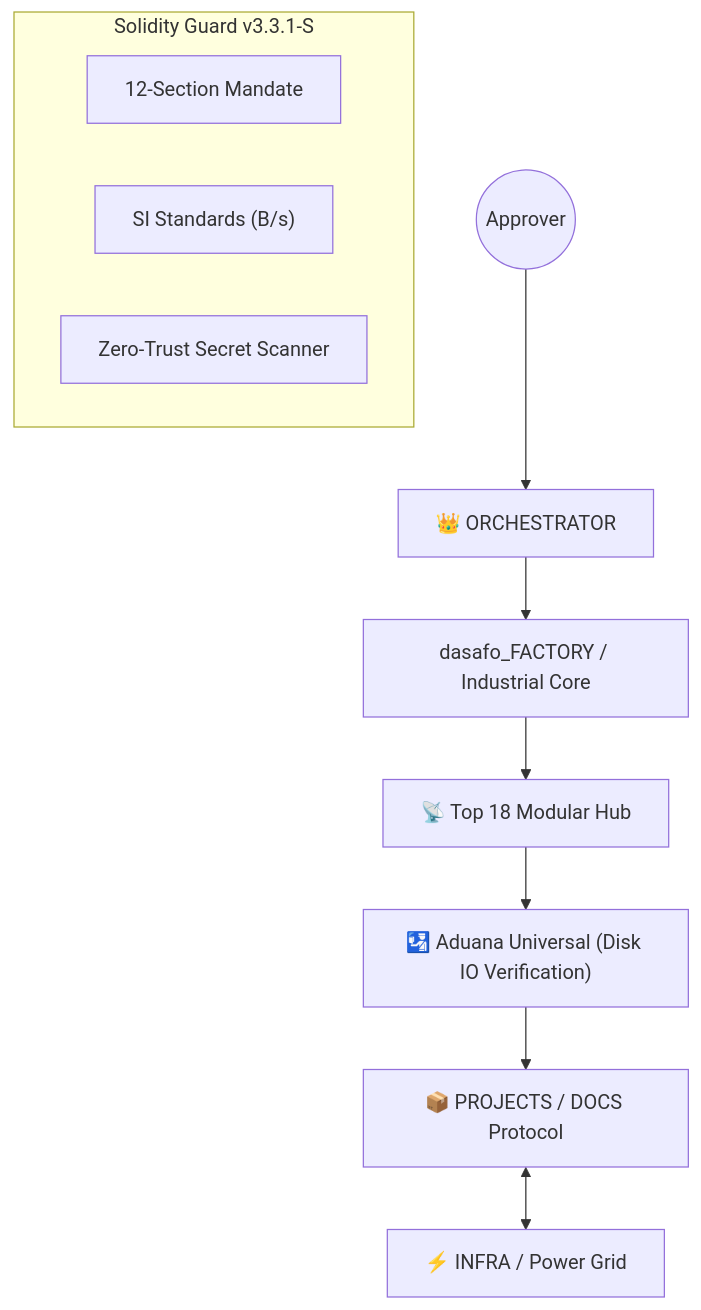
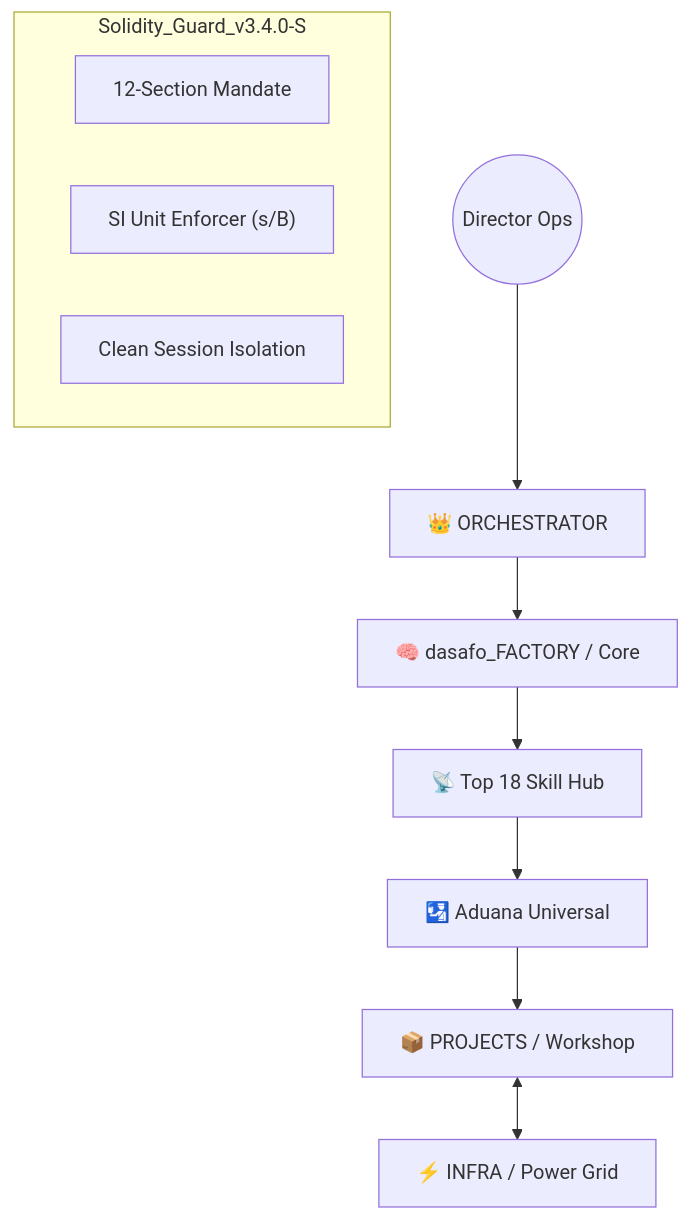
One commit to dasafo/dasafo_Systems changed the diagram in README.md. Above: the diagram before and after it, drawn with Mermaid. The commit also changed other lines of this file and 73 other files, not shown here.

````diff
--- a/README.md
+++ b/README.md
@@ -21,15 +16,15 @@
 ```mermaid
 graph TD
-    User((Approver)) --> Orch["👑 ORCHESTRATOR"]
-    Orch --> Brain["dasafo_FACTORY / Industrial Core"]
-    Brain --> Hub["📡 Top 18 Modular Hub"]
-    Hub --> Gate["🛂 Aduana Universal (Disk IO Verification)"]
-    Gate --> Projs["📦 PROJECTS / DOCS Protocol"]
-    Projs <--> Infra["⚡ INFRA / Power Grid"]
+    User((Director Ops)) --> Orch["👑 ORCHESTRATOR"]
+    Orch --> Factory["🧠 dasafo_FACTORY / Core"]
+    Factory --> Hub["📡 Top 18 Skill Hub"]
+    Hub --> Gate["🛂 Aduana Universal"]
+    Gate --> Projects["📦 PROJECTS / Workshop"]
+    Projects <--> Infra["⚡ INFRA / Power Grid"]
 
-    subgraph Security_Audit ["Solidity Guard v3.3.1-S"]
-        PRP_12["12-Section Mandate"]
-        SI_Units["SI Standards (B/s)"]
-        SecretScan["Zero-Trust Secret Scanner"]
+    subgraph Solidity_Guard_v3.4.0-S
+        PRP["12-Section Mandate"]
+        SI["SI Unit Enforcer (s/B)"]
+        Clean["Clean Session Isolation"]
     end
 ```
````
